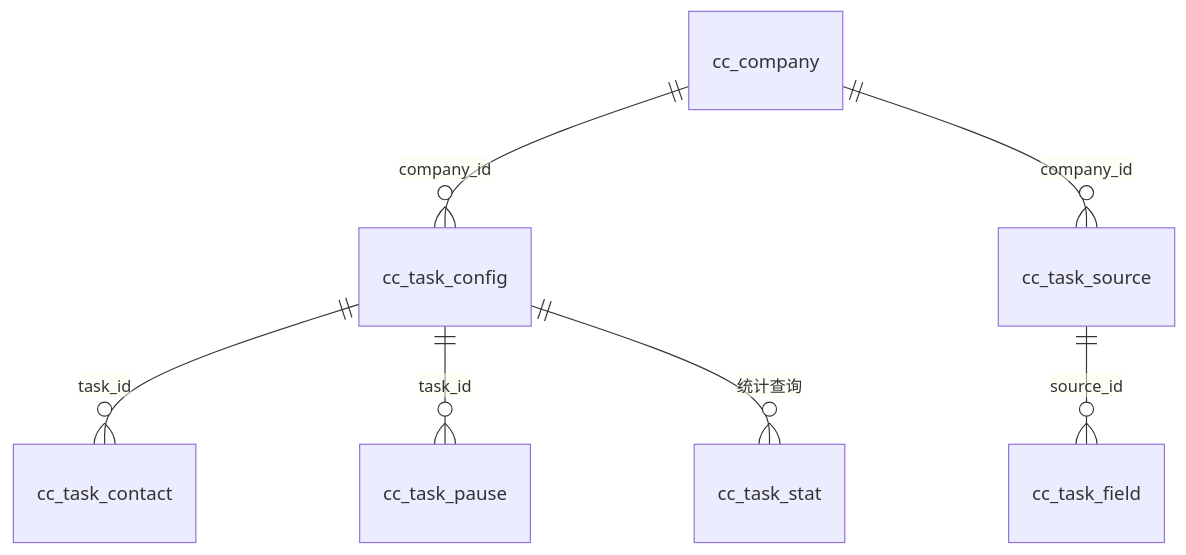
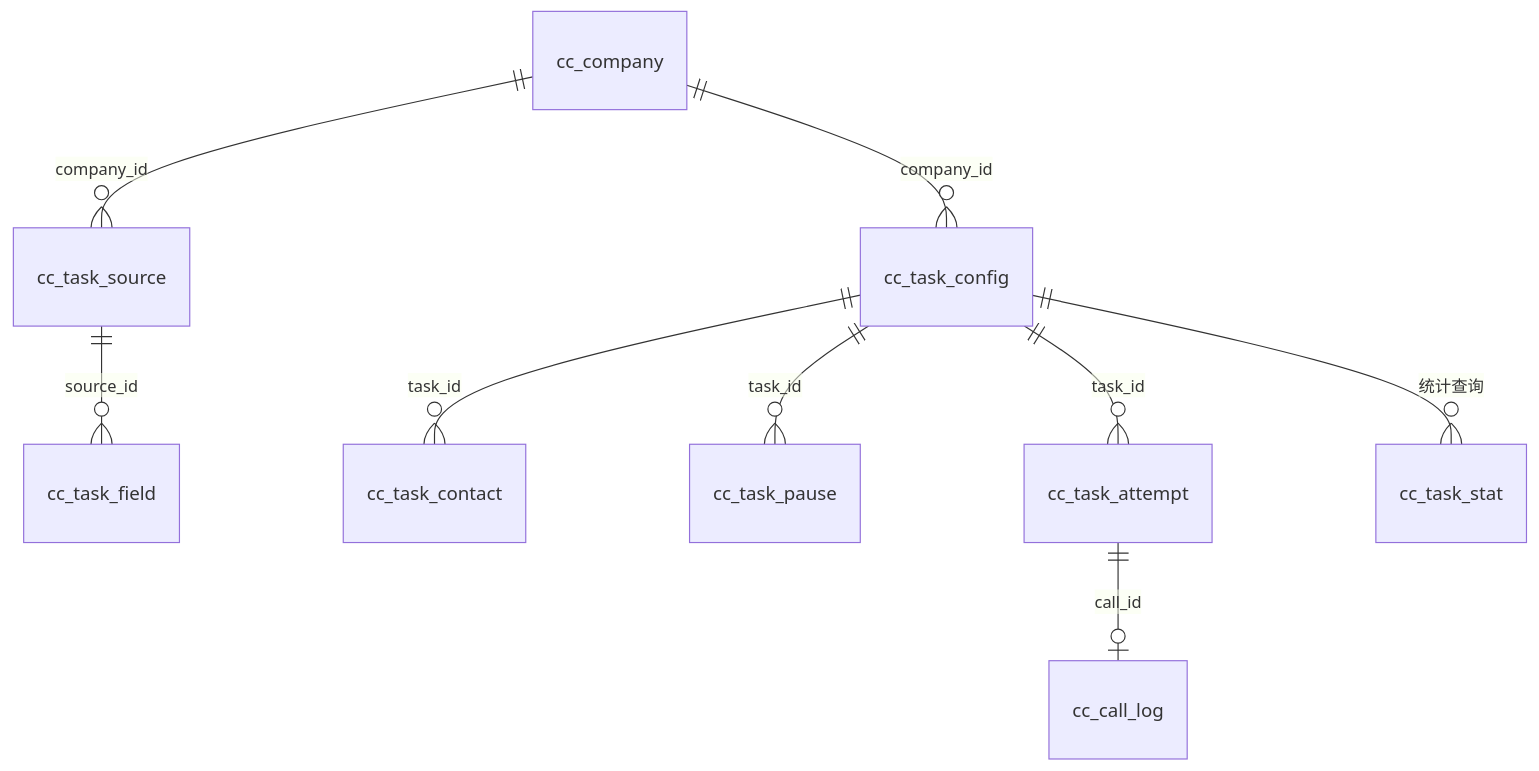
Before and after one commit to dongjb741280/ai-call-center: the ninth of 9 diagrams in docs/03-数据模型.md, drawn with Mermaid. The commit also changed other lines of this file and 65 other files, not shown here.

````diff
--- a/docs/03-数据模型.md
+++ b/docs/03-数据模型.md
@@ -172,9 +172,11 @@
 ```mermaid
 erDiagram
     cc_company ||--o{ cc_task_config : "company_id"
     cc_company ||--o{ cc_task_source : "company_id"
     cc_task_source ||--o{ cc_task_field : "source_id"
     cc_task_config ||--o{ cc_task_contact : "task_id"
     cc_task_config ||--o{ cc_task_pause : "task_id"
+    cc_task_config ||--o{ cc_task_attempt : "task_id"
+    cc_task_attempt ||--o| cc_call_log : "call_id"
     cc_task_config ||--o{ cc_task_stat : "统计查询"
 ```
````
